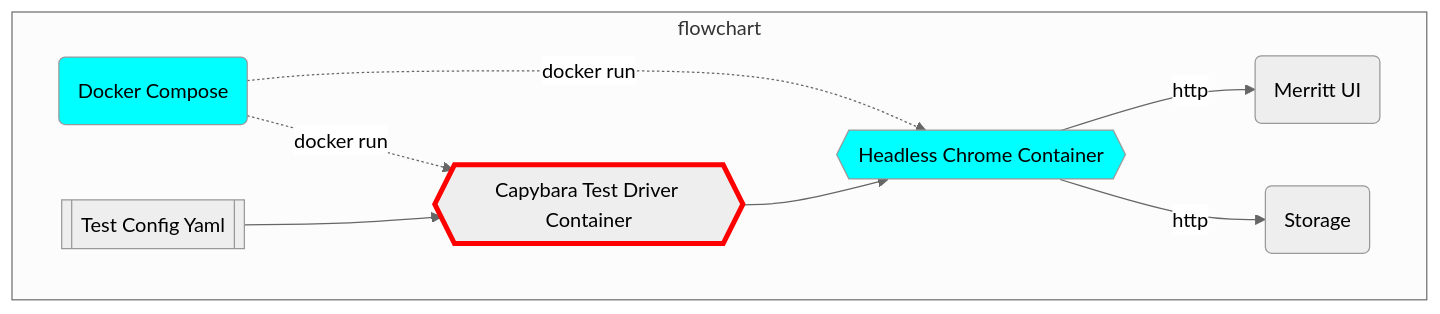
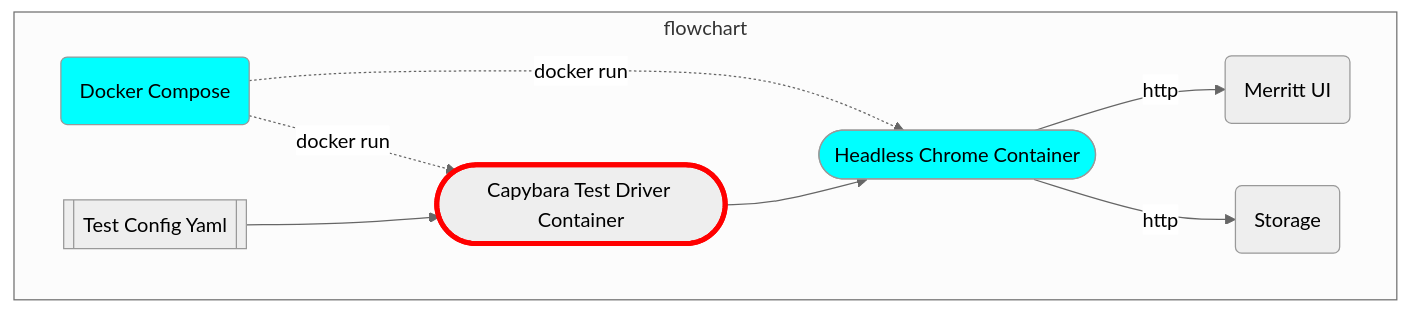
One commit to CDLUC3/mrt-doc changed the diagram in diagrams/integ-tests.mmd. Above: the diagram before and after it, drawn with Mermaid. The commit also changed 6 other files, not shown here.

```diff
--- a/diagrams/integ-tests.mmd
+++ b/diagrams/integ-tests.mmd
@@ -1,24 +1,24 @@
 %%{init: {'theme': 'neutral', 'securityLevel': 'loose'}}%%
 graph TD
-  CAPY{{Capybara Test Driver Container}}
-  CHROME{{Headless Chrome Container}}
+  CAPY([Capybara Test Driver Container])
+  CHROME([Headless Chrome Container])
   UI(Merritt UI)
   click UI href "https://github.com/CDLUC3/mrt-dashboard" "source code"
   STORE(Storage)
   click STORE href "https://github.com/CDLUC3/mrt-store" "source code"
   CONFIG[[Test Config Yaml]]
   DOCK(Docker Compose)
   click DOCK href "https://github.com/CDLUC3/merritt-docker" "source code"
 
   subgraph flowchart
     DOCK -.-> |docker run| CAPY
     DOCK -.-> |docker run| CHROME
     CONFIG --> CAPY
     CAPY --> CHROME
     CHROME --> |http| UI
     CHROME --> |http| STORE
   end
   
   style DOCK fill:cyan
   style CHROME fill:cyan
   style CAPY stroke:red,stroke-width:4px
```
